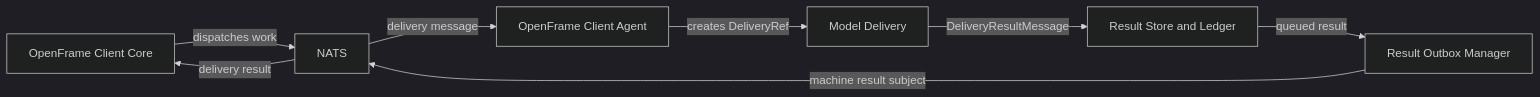
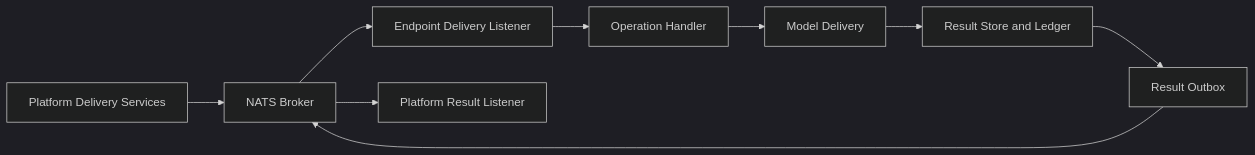
One commit to flamingo-stack/openframe-oss-tenant changed the first of 4 diagrams in docs/reference/architecture/openframe-client-core/model-delivery/model-delivery.md. Above: the diagram before and after it, drawn with Mermaid (dark theme). The commit also changed other lines of this file and 2377 other files, not shown here.

````diff
--- a/docs/reference/architecture/openframe-client-core/model-delivery/model-delivery.md
+++ b/docs/reference/architecture/openframe-client-core/model-delivery/model-delivery.md
@@ -37,10 +17,11 @@
 ```mermaid
 flowchart LR
-    ServerCore["OpenFrame Client Core"] -->|"dispatches work"| Nats["NATS"]
-    Nats -->|"delivery message"| Agent["OpenFrame Client Agent"]
-    Agent -->|"creates DeliveryRef"| Model["Model Delivery"]
-    Model -->|"DeliveryResultMessage"| Store["Result Store and Ledger"]
-    Store -->|"queued result"| Outbox["Result Outbox Manager"]
-    Outbox -->|"machine result subject"| Nats
-    Nats -->|"delivery result"| ServerCore
+    Platform["Platform Delivery Services"] --> Broker["NATS Broker"]
+    Broker --> Listener["Endpoint Delivery Listener"]
+    Listener --> Handler["Operation Handler"]
+    Handler --> Model["Model Delivery"]
+    Model --> Store["Result Store and Ledger"]
+    Store --> Outbox["Result Outbox"]
+    Outbox --> Broker
+    Broker --> ResultListener["Platform Result Listener"]
 ```
````
